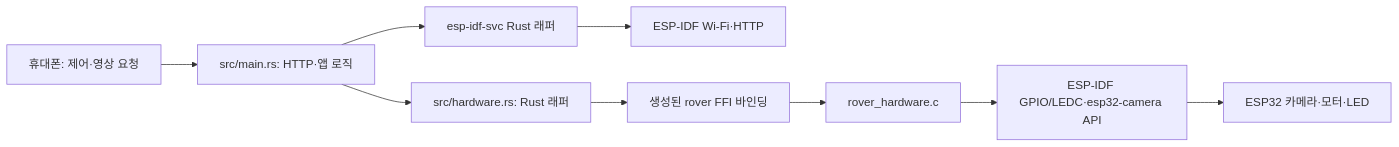
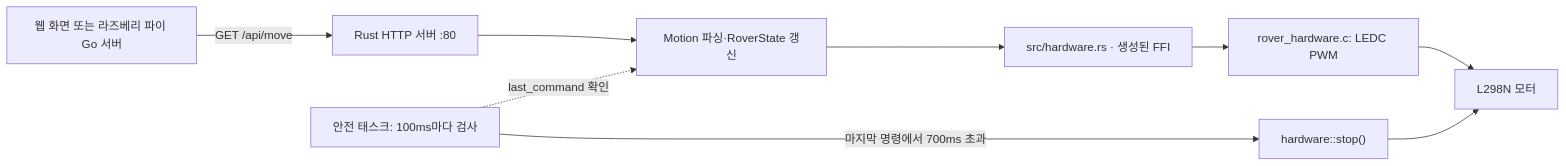
Before and after one commit to Parkwochang/cam-rover-esp32: the second of 3 diagrams in README.ko.md, drawn with Mermaid. The commit also changed other lines of this file and 3 other files, not shown here.

Commit message:
docs: flow docs

````diff
--- a/README.ko.md
+++ b/README.ko.md
@@ -52,11 +52,11 @@
 ```mermaid
 flowchart LR
-    A["휴대폰: 제어·영상 요청"] --> B["src/main.rs: HTTP·앱 로직"]
-    B --> C["esp-idf-svc Rust 래퍼"]
-    C --> D["ESP-IDF Wi-Fi·HTTP"]
-    B --> E["src/hardware.rs: Rust 래퍼"]
-    E --> F["생성된 rover FFI 바인딩"]
-    F --> G["rover_hardware.c"]
-    G --> H["ESP-IDF GPIO/LEDC·esp32-camera API"]
-    H --> I["ESP32 카메라·모터·LED"]
+    A["웹 화면 또는 라즈베리 파이 Go 서버"] -->|"GET /api/move"| B["Rust HTTP 서버 :80"]
+    B --> C["Motion 파싱·RoverState 갱신"]
+    C --> D["src/hardware.rs · 생성된 FFI"]
+    D --> E["rover_hardware.c: LEDC PWM"]
+    E --> F["L298N 모터"]
+    G["안전 태스크: 100ms마다 검사"] -.->|"last_command 확인"| C
+    G -->|"마지막 명령에서 700ms 초과"| H["hardware::stop()"]
+    H --> F
 ```
````
